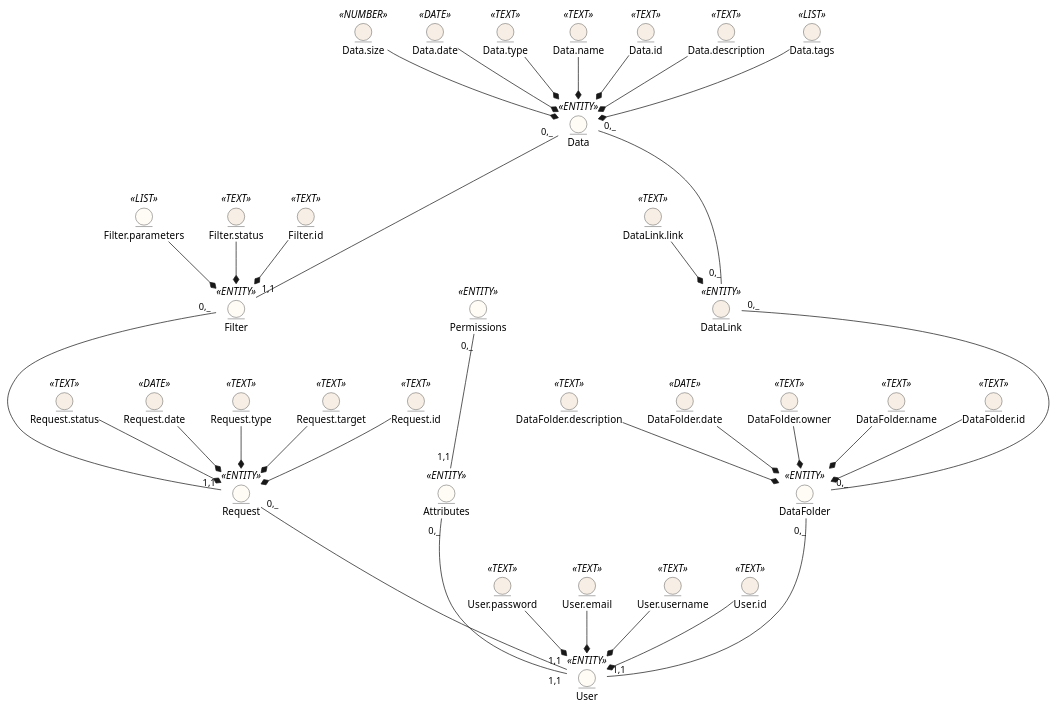
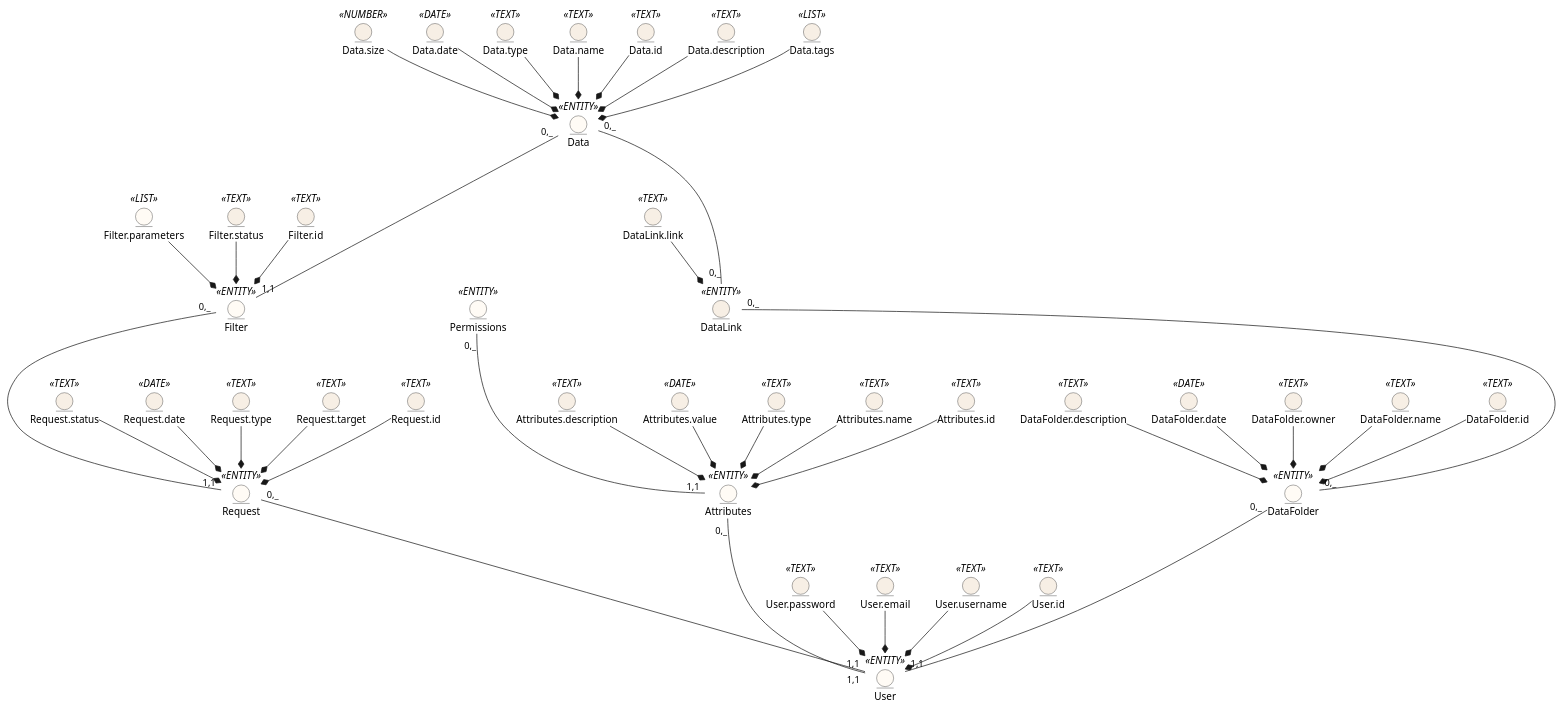
The diagram in docs/design/README.md (edu-db/edu_db_labs), drawn with PlantUML before and after one commit.

Commit message:
feat: add attribute for Attributes

```diff
--- a/docs/design/README.md
+++ b/docs/design/README.md
@@ -17,6 +17,11 @@
 
 
 entity Attributes <<ENTITY>> #FFFBF5
+entity Attributes.description <<TEXT>> #F7EFE5
+entity Attributes.value<<DATE>> #F7EFE5
+entity Attributes.type<<TEXT>> #F7EFE5
+entity Attributes.name<<TEXT>> #F7EFE5
+entity Attributes.id<<TEXT>> #F7EFE5
 
 entity DataFolder <<ENTITY>> #FFFBF5
 entity DataFolder.description <<TEXT>> #F7EFE5
@@ -91,12 +96,16 @@
 DataFolder.name -d-* DataFolder
 DataFolder.id -d-* DataFolder
 
+Attributes.description -d-* Attributes
+Attributes.value -d-* Attributes
+Attributes.type -d-* Attributes
+Attributes.name -d-* Attributes
+Attributes.id -d-* Attributes
+
 DataLink.link -d-* DataLink
 
 DataFolder "0,_" --u- "0,_" DataLink
 DataLink "0,_" --u- "0,_" Data
 
 
-
-
 @enduml
```
